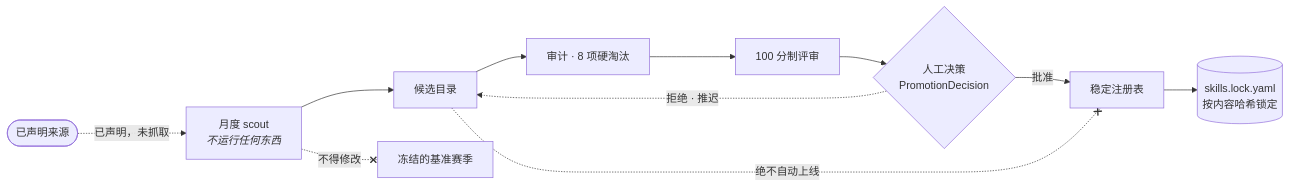
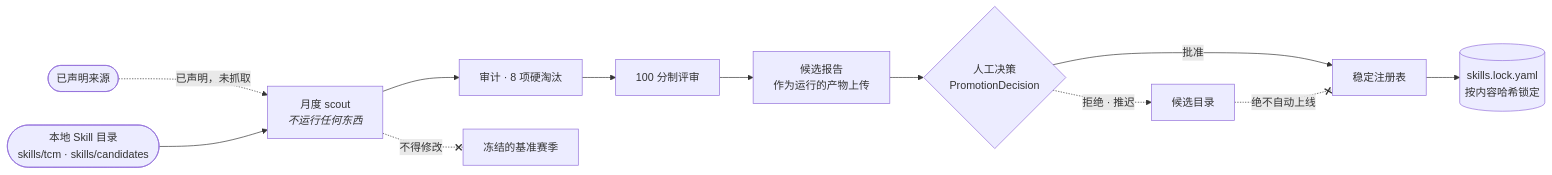
The diagram in README.zh-CN.md (psknlr/TCMScience), drawn with Mermaid before and after one commit. The commit also changed other lines of this file and 29 other files, not shown here.

````diff
--- a/README.zh-CN.md
+++ b/README.zh-CN.md
@@ -372,10 +372,11 @@
 ```mermaid
 flowchart LR
     SRC(["已声明来源"]) -.->|"已声明，未抓取"| SCOUT["月度 scout<br/><i>不运行任何东西</i>"]
-    SCOUT --> CAND["候选目录"]
-    CAND --> AUDIT["审计 · 8 项硬淘汰"] --> SCORE["100 分制评审"] --> HUMAN{"人工决策<br/>PromotionDecision"}
+    TREES(["本地 Skill 目录<br/>skills/tcm · skills/candidates"]) --> SCOUT
+    SCOUT --> AUDIT["审计 · 8 项硬淘汰"] --> SCORE["100 分制评审"] --> REPORT["候选报告<br/>作为运行的产物上传"]
+    REPORT --> HUMAN{"人工决策<br/>PromotionDecision"}
     HUMAN -->|批准| STABLE["稳定注册表"] --> LOCK[("skills.lock.yaml<br/>按内容哈希锁定")]
-    HUMAN -.->|拒绝 · 推迟| CAND
+    HUMAN -.->|拒绝 · 推迟| CAND["候选目录"]
     CAND -.-x|绝不自动上线| STABLE
     SCOUT -.-x|不得修改| SEASON["冻结的基准赛季"]
 ```
````
